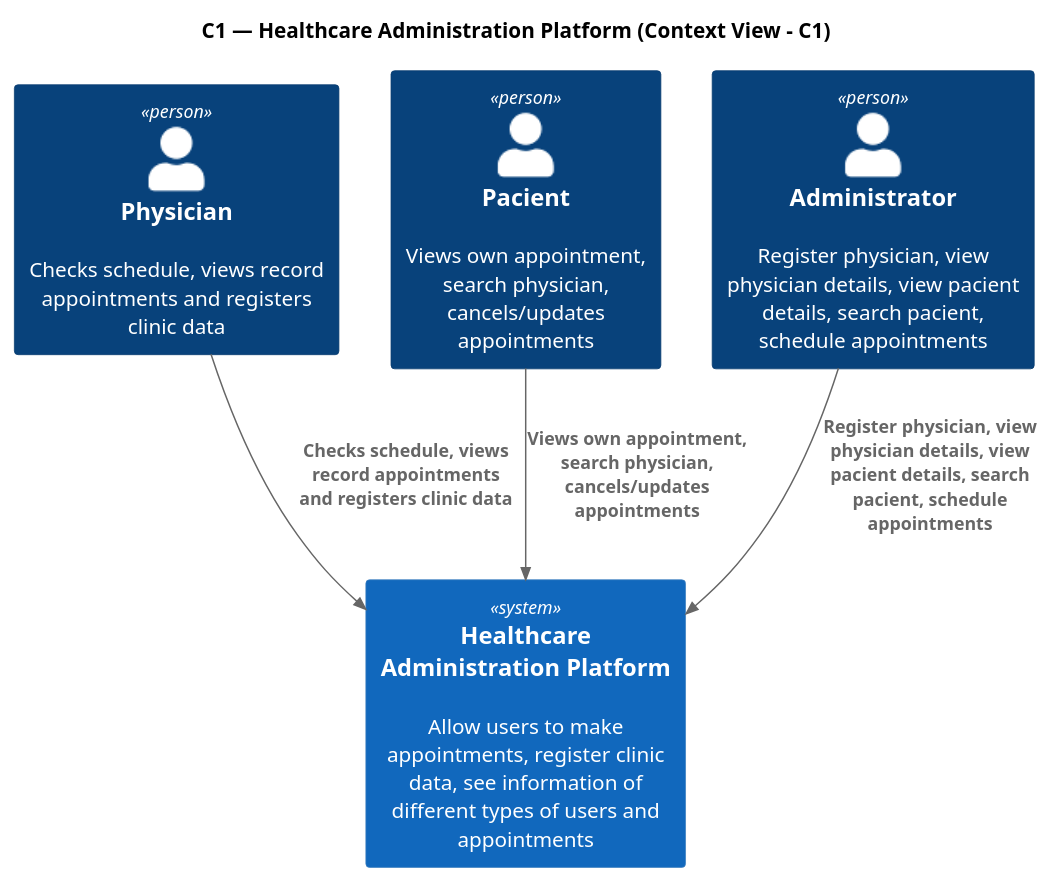
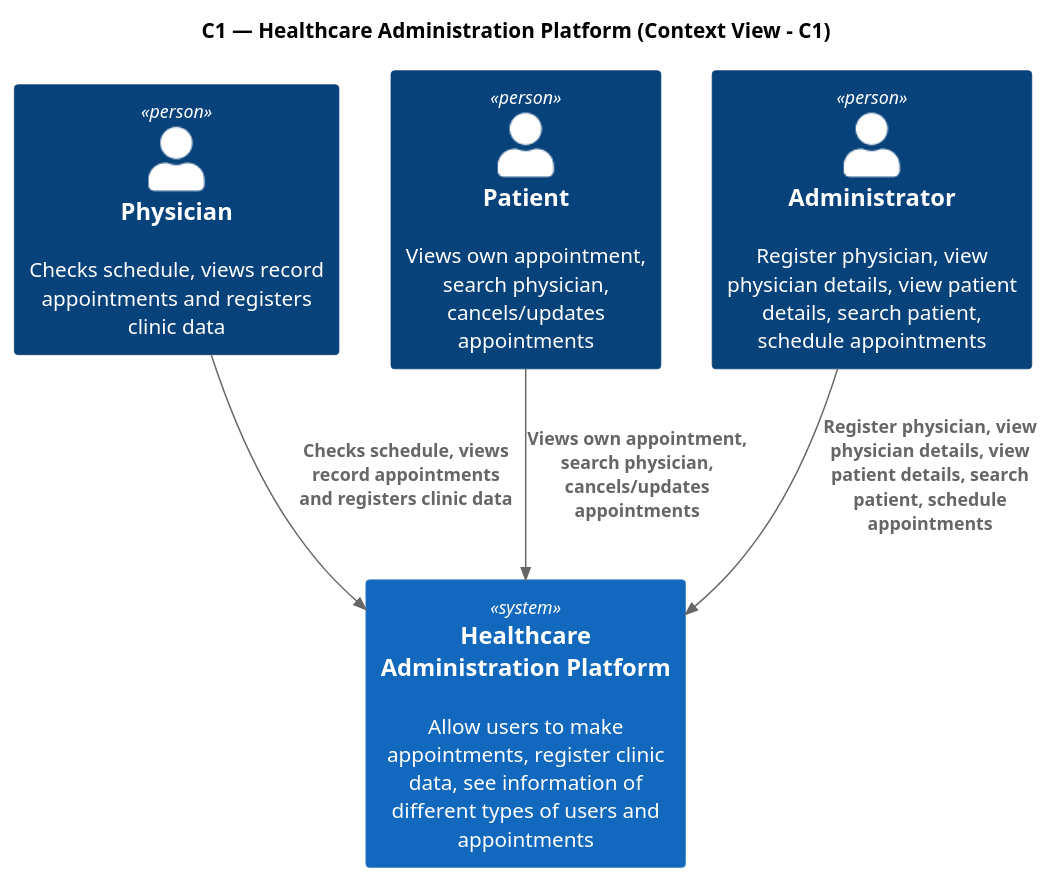
One commit to 1211104/PROJ_SIDIS2025 changed the diagram in docs/Vista lógica/C1.puml. Above: the diagram before and after it, drawn with PlantUML. The commit also changed 3 other files, not shown here.

```diff
--- a/docs/Vista lógica/C1.puml
+++ b/docs/Vista lógica/C1.puml
@@ -1,18 +1,18 @@
 @startuml C1-HAP-Context
 !include https://raw.githubusercontent.com/plantuml-stdlib/C4-PlantUML/master/C4_Context.puml
 
 title C1 — Healthcare Administration Platform (Context View - C1)
 
 Person(physician, "Physician", "Checks schedule, views record appointments and registers clinic data")
-Person(pacient, "Pacient", "Views own appointment, search physician, cancels/updates appointments")
-Person(admin, "Administrator", "Register physician, view physician details, view pacient details, search pacient, schedule appointments")
+Person(patient, "Patient", "Views own appointment, search physician, cancels/updates appointments")
+Person(admin, "Administrator", "Register physician, view physician details, view patient details, search patient, schedule appointments")
 
 
 System(hapbox, "Healthcare Administration Platform", "Allow users to make appointments, register clinic data, see information of different types of users and appointments")
 
 
 Rel(physician, hapbox, "Checks schedule, views record appointments and registers clinic data")
-Rel(pacient,  hapbox, "Views own appointment, search physician, cancels/updates appointments")
-Rel(admin,  hapbox, "Register physician, view physician details, view pacient details, search pacient, schedule appointments")
+Rel(patient,  hapbox, "Views own appointment, search physician, cancels/updates appointments")
+Rel(admin,  hapbox, "Register physician, view physician details, view patient details, search patient, schedule appointments")
 
 @enduml
```
